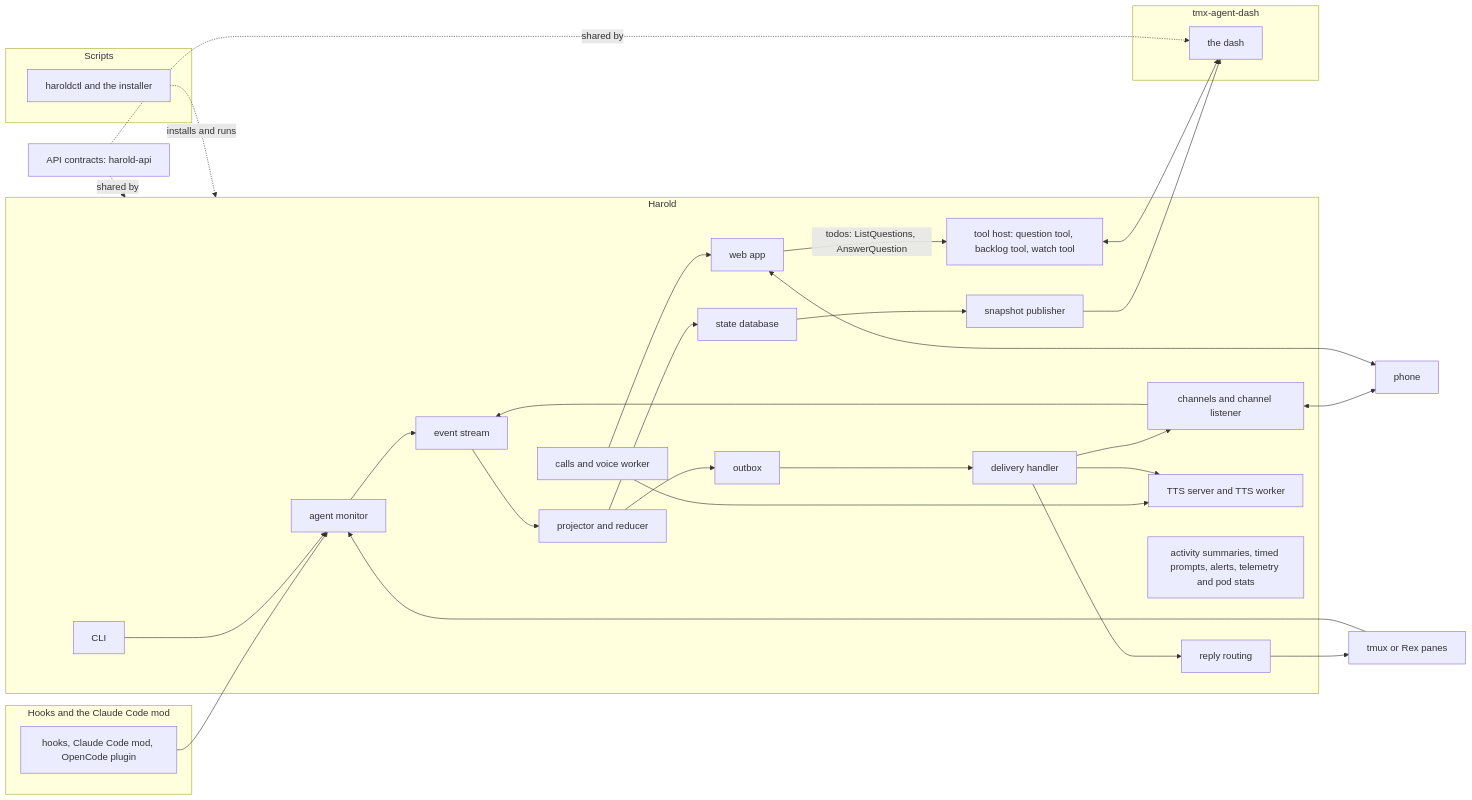
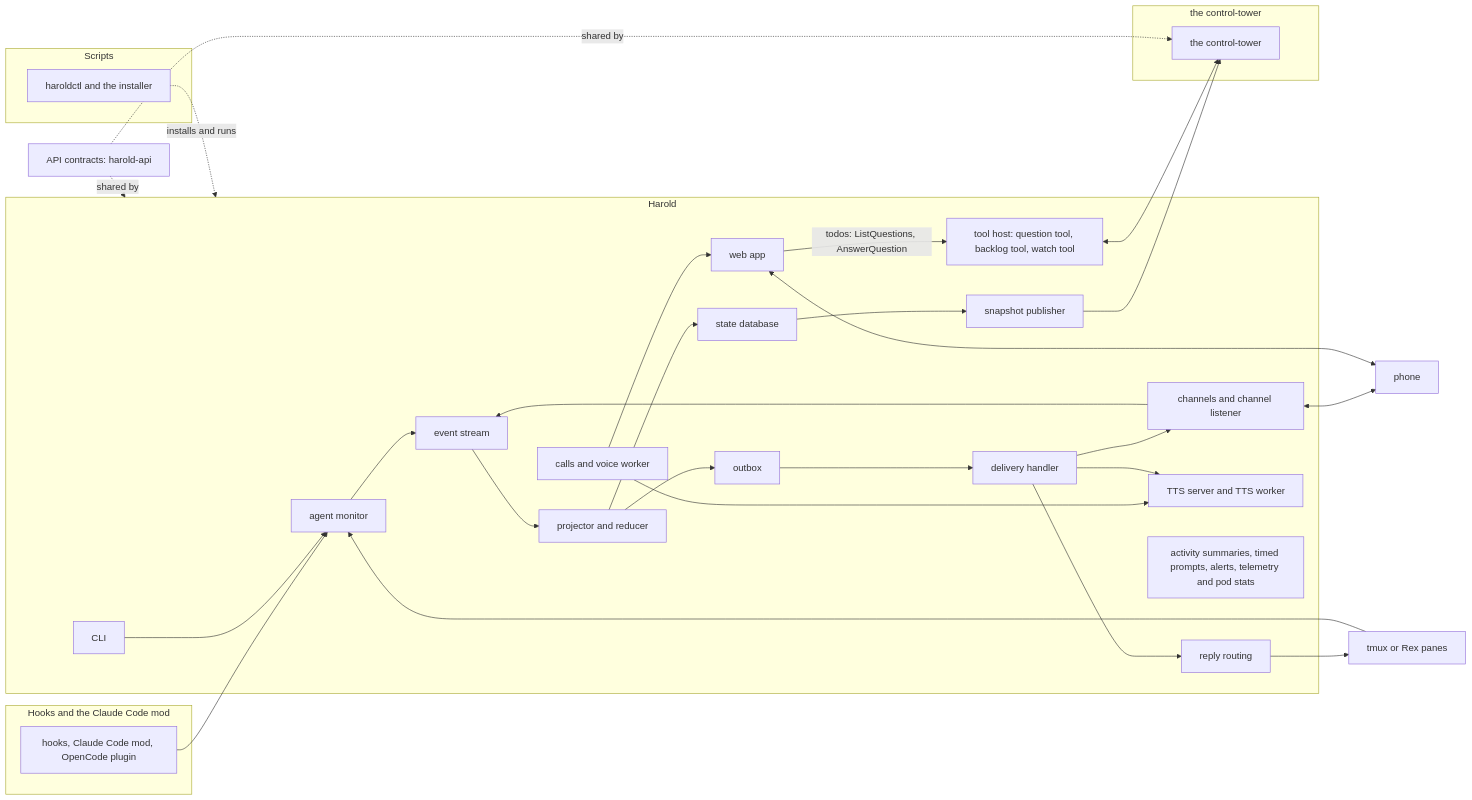
Before and after one commit to kahgeh/harold: the first of 2 diagrams in docs/explanations/architecture.md, drawn with Mermaid. The commit also changed other lines of this file and 16 other files, not shown here.

First line of the commit message:
Name the control-tower in the docs and glossary

````diff
--- a/docs/explanations/architecture.md
+++ b/docs/explanations/architecture.md
@@ -11,61 +11,61 @@
 ```mermaid
 flowchart LR
   subgraph hooksg["Hooks and the Claude Code mod"]
     hooks["hooks, Claude Code mod, OpenCode plugin"]
   end
 
   subgraph harold["Harold"]
     monitor["agent monitor"]
     stream["event stream"]
     projector["projector and reducer"]
     statedb["state database"]
     outbox["outbox"]
     handler["delivery handler"]
     channels["channels and channel listener"]
     routing["reply routing"]
     publisher["snapshot publisher"]
     toolhost["tool host: question tool, backlog tool, watch tool"]
     voice["calls and voice worker"]
     tts["TTS server and TTS worker"]
     webapp["web app"]
     extras["activity summaries, timed prompts, alerts, telemetry and pod stats"]
     cli["CLI"]
   end
 
-  subgraph dashg["tmx-agent-dash"]
-    dash["the dash"]
+  subgraph dashg["the control-tower"]
+    dash["the control-tower"]
   end
 
   subgraph scriptsg["Scripts"]
     ctl["haroldctl and the installer"]
   end
 
   api["API contracts: harold-api"]
   phone["phone"]
   panes["tmux or Rex panes"]
 
   hooks --> monitor
   panes --> monitor
   monitor --> stream
   channels --> stream
   stream --> projector
   projector --> statedb
   projector --> outbox
   outbox --> handler
   handler --> channels
   handler --> routing
   routing --> panes
   channels <--> phone
   webapp <--> phone
   statedb --> publisher
   publisher --> dash
   toolhost <--> dash
   webapp -->|"todos: ListQuestions, AnswerQuestion"| toolhost
   voice --> webapp
   voice --> tts
   handler --> tts
   cli --> monitor
   ctl -. installs and runs .-> harold
   api -. shared by .-> harold
   api -. shared by .-> dash
 ```
````
